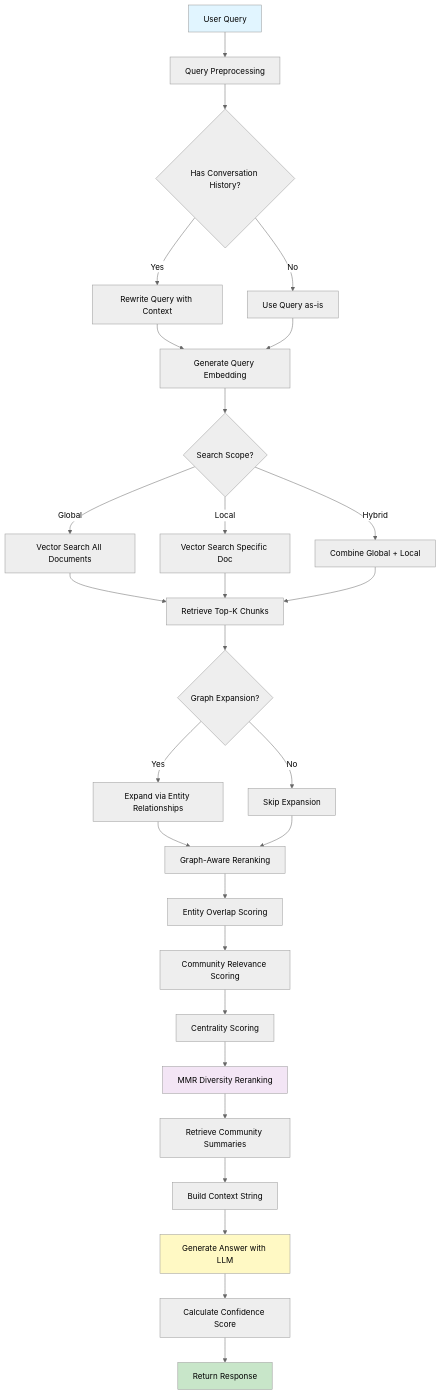
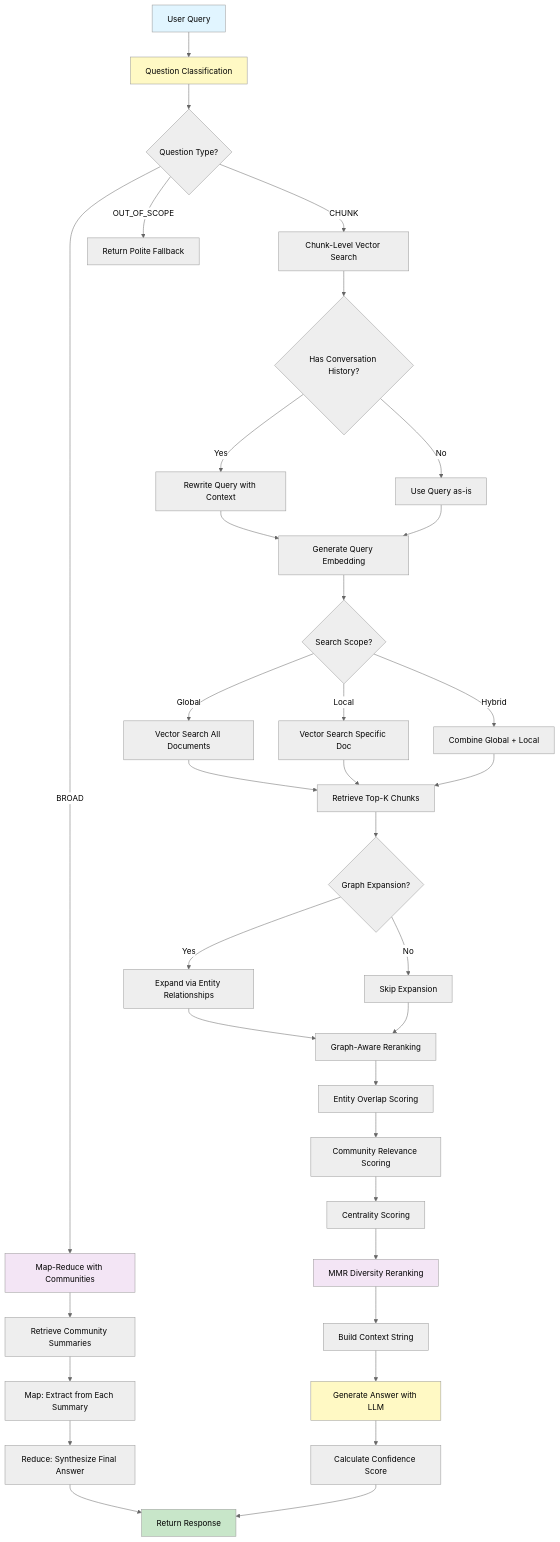
One commit to avinash-mall/graph-rag changed the third of 4 diagrams in README.md. Above: the diagram before and after it, drawn with Mermaid (neutral theme). The commit also changed other lines of this file and 4 other files, not shown here.

````diff
--- a/README.md
+++ b/README.md
@@ -197,40 +222,51 @@
 ```mermaid
 graph TD
-    A[User Query] --> B[Query Preprocessing]
-    B --> C{Has Conversation History?}
-    C -->|Yes| D[Rewrite Query with Context]
-    C -->|No| E[Use Query as-is]
-    D --> F[Generate Query Embedding]
-    E --> F
-    
-    F --> G{Search Scope?}
-    G -->|Global| H[Vector Search All Documents]
-    G -->|Local| I[Vector Search Specific Doc]
-    G -->|Hybrid| J[Combine Global + Local]
-    
-    H --> K[Retrieve Top-K Chunks]
-    I --> K
-    J --> K
-    
-    K --> L{Graph Expansion?}
-    L -->|Yes| M[Expand via Entity Relationships]
-    L -->|No| N[Skip Expansion]
-    M --> O[Graph-Aware Reranking]
+    A[User Query] --> B[Question Classification]
+    B --> C{Question Type?}
+    C -->|BROAD| D[Map-Reduce with Communities]
+    C -->|CHUNK| E[Chunk-Level Vector Search]
+    C -->|OUT_OF_SCOPE| F[Return Polite Fallback]
+  
+    D --> D1[Retrieve Community Summaries]
+    D1 --> D2[Map: Extract from Each Summary]
+    D2 --> D3[Reduce: Synthesize Final Answer]
+    D3 --> X
+  
+    E --> G{Has Conversation History?}
+    G -->|Yes| H[Rewrite Query with Context]
+    G -->|No| I[Use Query as-is]
+    H --> J[Generate Query Embedding]
+    I --> J
+  
+    J --> K{Search Scope?}
+    K -->|Global| L[Vector Search All Documents]
+    K -->|Local| M[Vector Search Specific Doc]
+    K -->|Hybrid| N[Combine Global + Local]
+  
+    L --> O[Retrieve Top-K Chunks]
+    M --> O
     N --> O
-    
-    O --> P[Entity Overlap Scoring]
-    P --> Q[Community Relevance Scoring]
-    Q --> R[Centrality Scoring]
-    R --> S[MMR Diversity Reranking]
-    
-    S --> T[Retrieve Community Summaries]
-    T --> U[Build Context String]
-    U --> V[Generate Answer with LLM]
-    V --> W[Calculate Confidence Score]
-    W --> X[Return Response]
-    
+  
+    O --> P{Graph Expansion?}
+    P -->|Yes| Q[Expand via Entity Relationships]
+    P -->|No| R[Skip Expansion]
+    Q --> S[Graph-Aware Reranking]
+    R --> S
+  
+    S --> T[Entity Overlap Scoring]
+    T --> U[Community Relevance Scoring]
+    U --> V[Centrality Scoring]
+    V --> W[MMR Diversity Reranking]
+  
+    W --> Y[Build Context String]
+    Y --> Z[Generate Answer with LLM]
+    Z --> AA[Calculate Confidence Score]
+    AA --> X[Return Response]
+  
     style A fill:#e1f5ff
-    style V fill:#fff9c4
+    style B fill:#fff9c4
+    style D fill:#f3e5f5
+    style Z fill:#fff9c4
     style X fill:#c8e6c9
-    style S fill:#f3e5f5
+    style W fill:#f3e5f5
 ```
````
